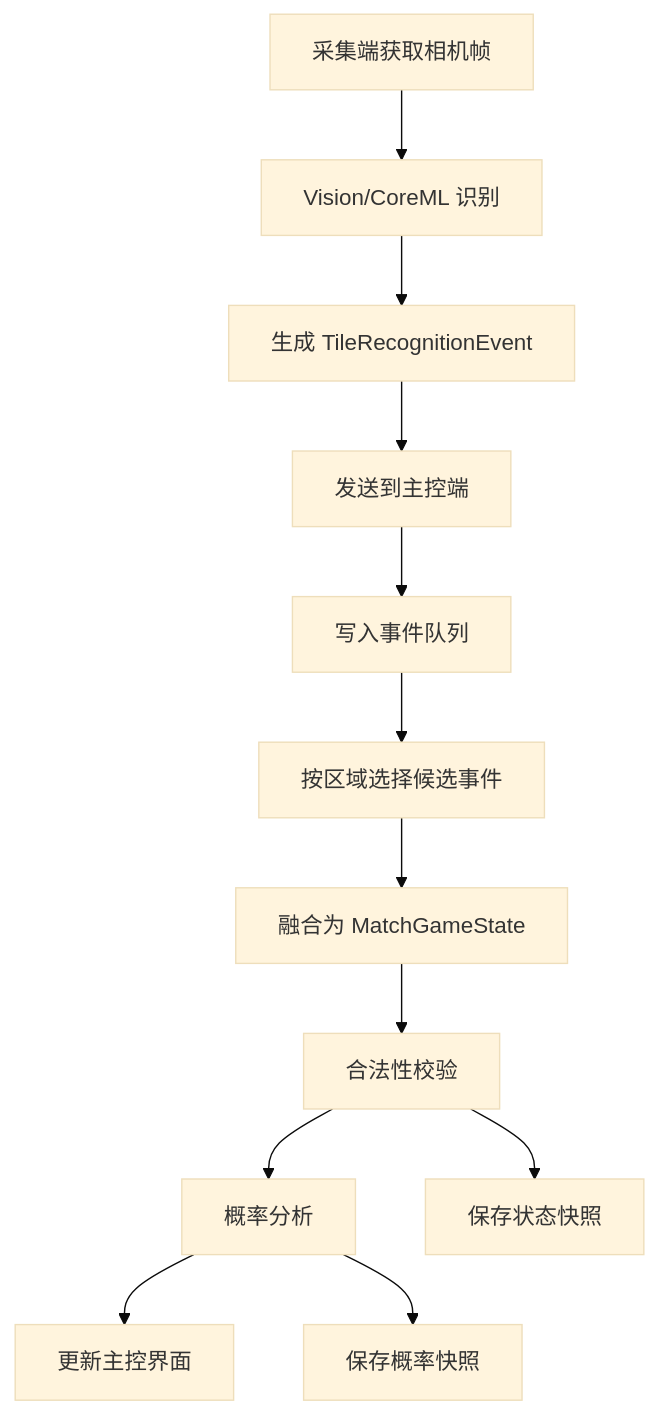
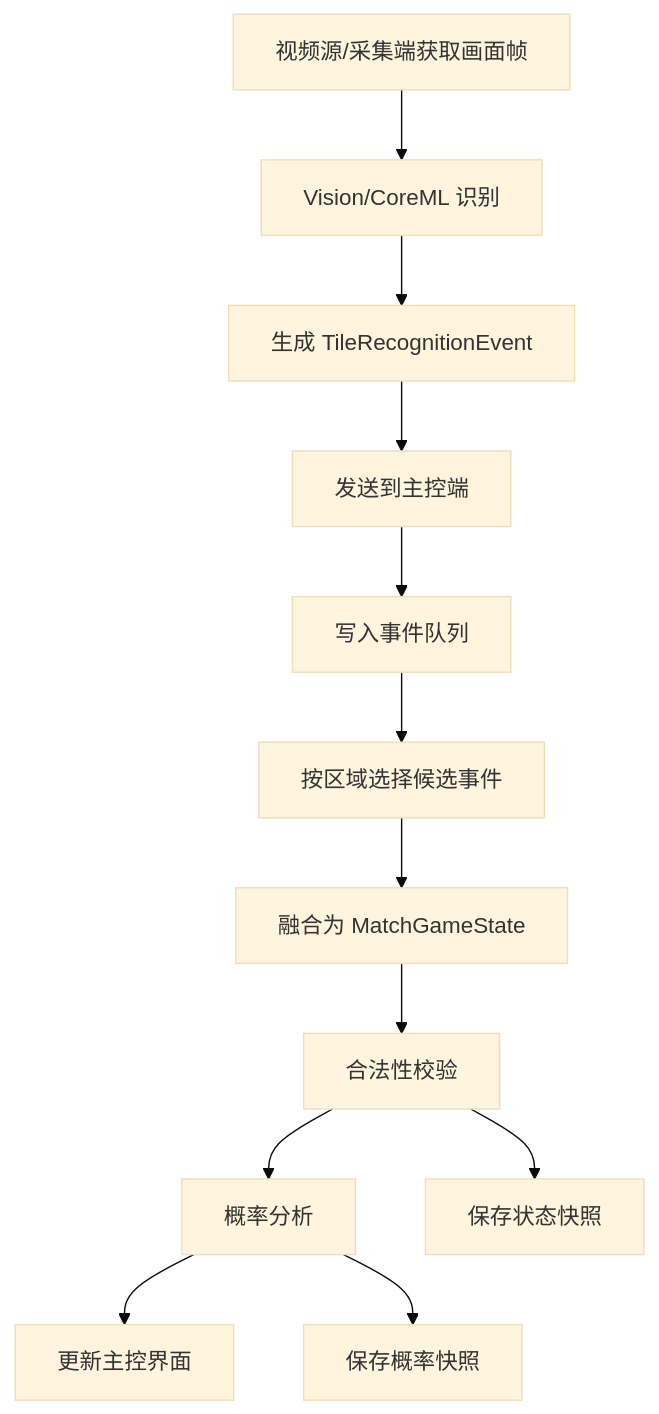
Before and after one commit to yuzhang-cao/MahjongVisionSync: the third of 3 diagrams in docs/system-design.md, drawn with Mermaid (base theme). The commit also changed other lines of this file and 4 other files, not shown here.

````diff
--- a/docs/system-design.md
+++ b/docs/system-design.md
@@ -373,14 +374,14 @@
 ```mermaid
 flowchart TD
-    A[采集端获取相机帧] --> B[Vision/CoreML 识别]
+    A[视频源/采集端获取画面帧] --> B[Vision/CoreML 识别]
     B --> C[生成 TileRecognitionEvent]
     C --> D[发送到主控端]
     D --> E[写入事件队列]
     E --> F[按区域选择候选事件]
     F --> G[融合为 MatchGameState]
     G --> H[合法性校验]
     H --> I[概率分析]
     I --> J[更新主控界面]
     H --> K[保存状态快照]
     I --> L[保存概率快照]
 ```
````
